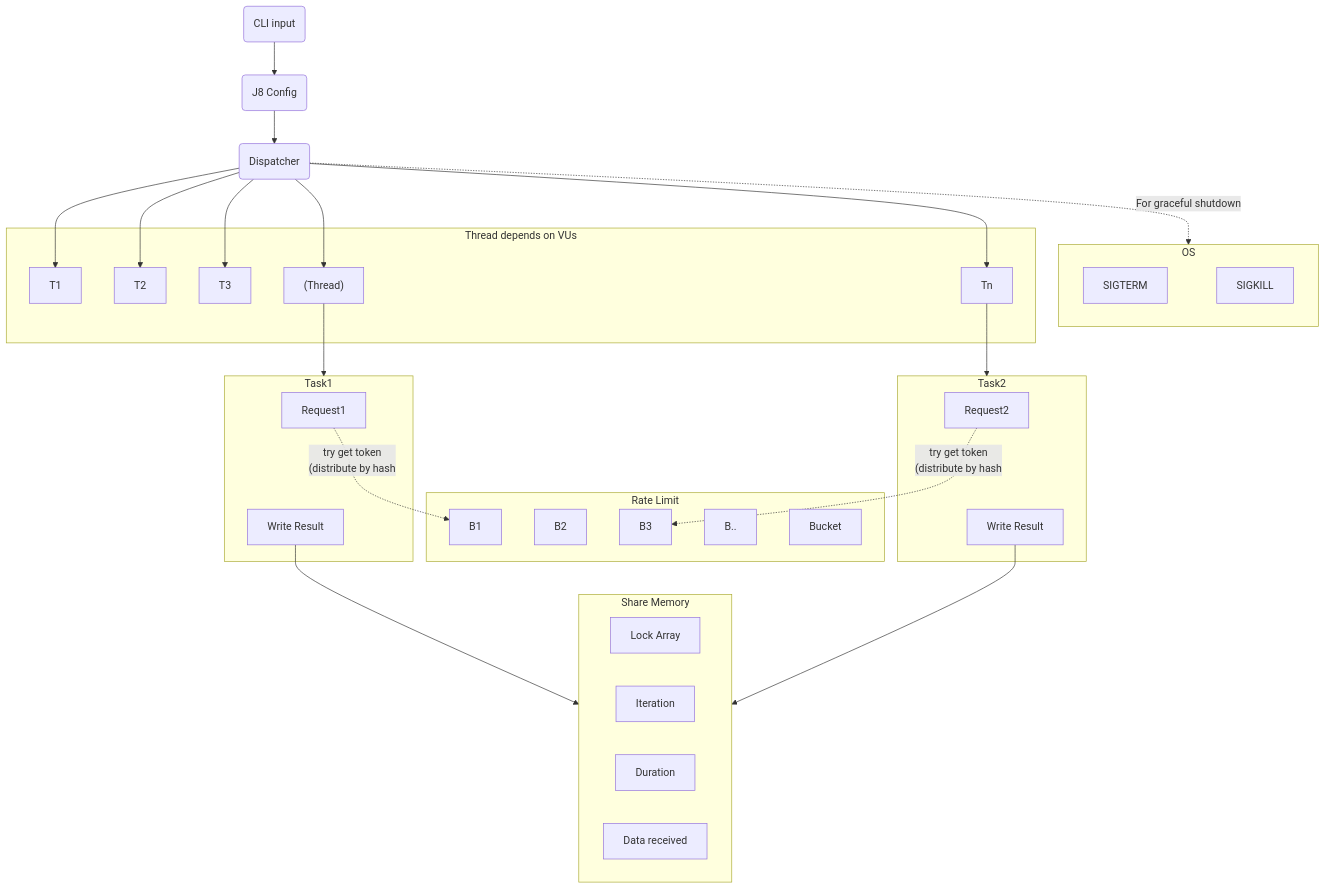
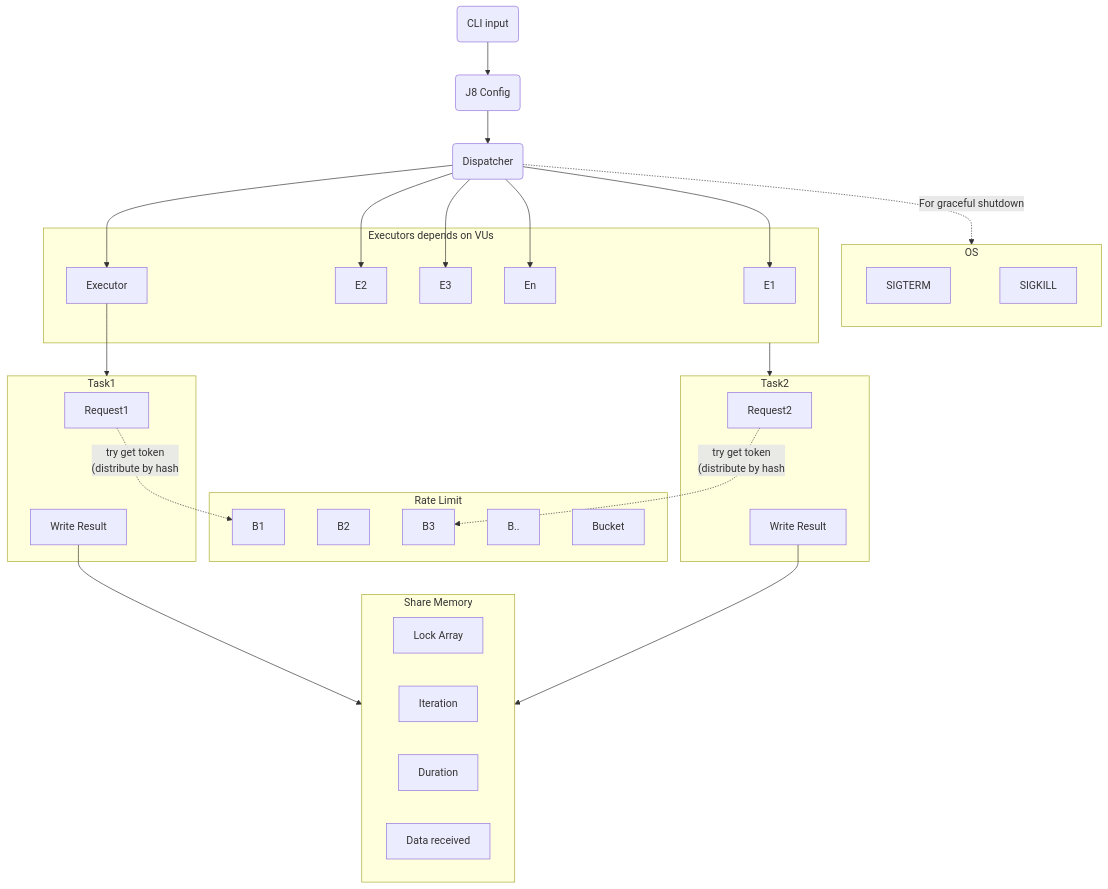
The second of 2 diagrams in README.md (NCKU-CSIE-Union/Japybara-CLI), drawn with Mermaid before and after one commit. The commit also changed other lines of this file and 19 other files, not shown here.

Commit message:
refactor: restructure the project, add new diagram

````diff
--- a/README.md
+++ b/README.md
@@ -28,62 +125,62 @@
 ```mermaid
 flowchart TD
 %% Nodes
     CLI("CLI input")
     Config("J8 Config")
     Dispatcher("Dispatcher")
     Dispatcher
     %% Queue("Task Queue")
     
     subgraph OS["OS"]
         SIGTERM
         SIGKILL
         SIGTERM ~~~ SIGKILL
     end
 
     subgraph ShareMem["Share Memory"]
         LockArray["Lock Array"]
         Iteration
         Duration
         Data["Data received"]
     end
     
     subgraph RateLimit["`Rate Limit`"]
         B1
         B2
         B3
         B..
         Bucket
     end
 
-    subgraph Threads["`Thread depends on VUs`"]
-        T1
-        T2
-        T3
-        Tn
-        Thread
+    subgraph Executors["`Executors depends on VUs`"]
+        E1
+        E2
+        E3
+        En
+        Executor
     end 
     
     subgraph Task1
         Request1
         WriteResult1["Write Result"]
         Request1 ~~~ WriteResult1
         Request1 -. "`try get token
         (distribute by hash`" .-> B1
     end
     
     subgraph Task2
         Request2
         WriteResult2["Write Result"]
         Request2 ~~~ WriteResult2
         Request2 -. "`try get token
         (distribute by hash`" .-> B3
     end
 %% Connection
     CLI --> Config -->Dispatcher
     Dispatcher -. "`For graceful shutdown`" .-> OS
-    Dispatcher --> T1 & T2 & T3 & Tn & Thread["(Thread)"]
-    Thread --> Task1
-    Tn --> Task2
+    Dispatcher --> E1 & E2 & E3 & En & Executor
+    Executor --> Task1
+    Executors --> Task2
     WriteResult1 --> ShareMem
     WriteResult2 --> ShareMem
 ```
````
